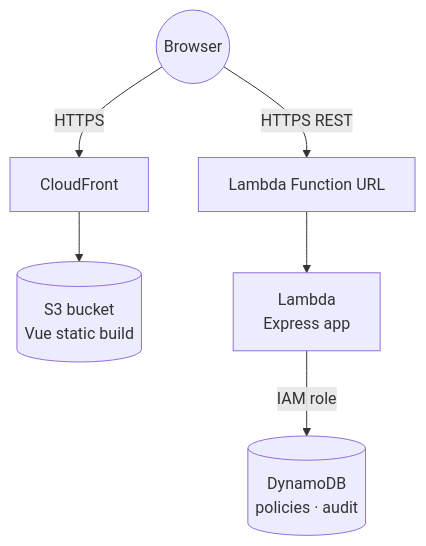
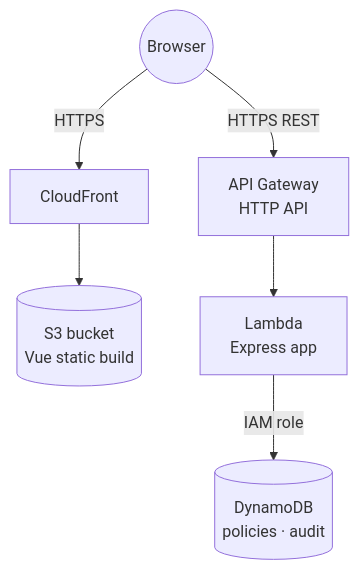
The diagram in Deployments.md (arkaslittlemind/mailguard-dlp), drawn with Mermaid before and after one commit. The commit also changed other lines of this file and 1 other file, not shown here.

First line of the commit message:
docs: make API Gateway the documented deploy path; drop dummy creds from env example

````diff
--- a/Deployments.md
+++ b/Deployments.md
@@ -74,8 +74,8 @@
 ```mermaid
 graph TD
   User((Browser)) -->|HTTPS| CF[CloudFront]
   CF --> S3[(S3 bucket<br/>Vue static build)]
-  User -->|HTTPS REST| URL[Lambda Function URL]
-  URL --> L[Lambda<br/>Express app]
+  User -->|HTTPS REST| GW[API Gateway<br/>HTTP API]
+  GW --> L[Lambda<br/>Express app]
   L -->|IAM role| D[(DynamoDB<br/>policies · audit)]
 ```
````
